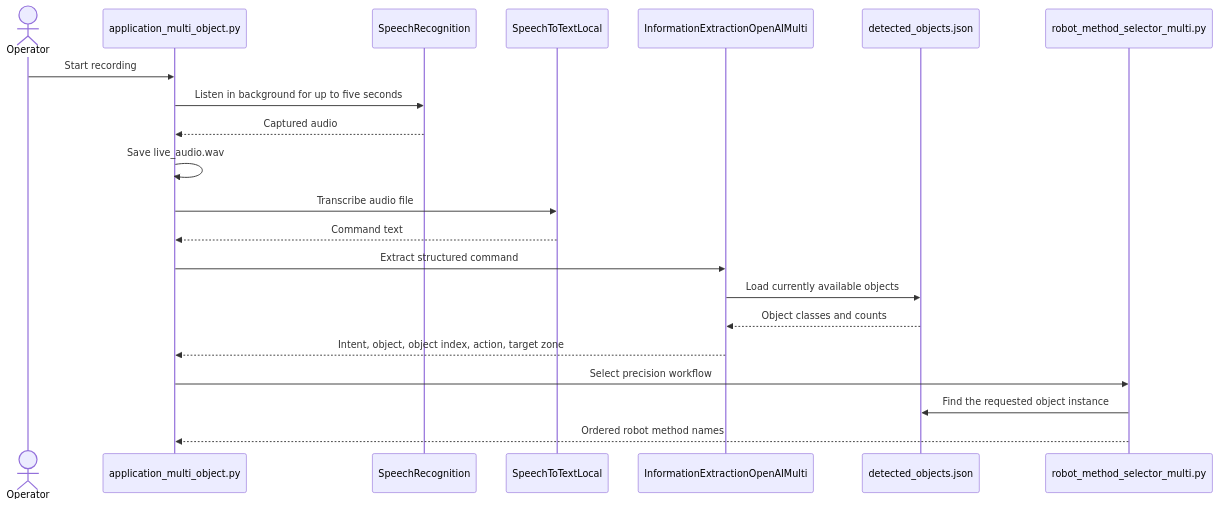
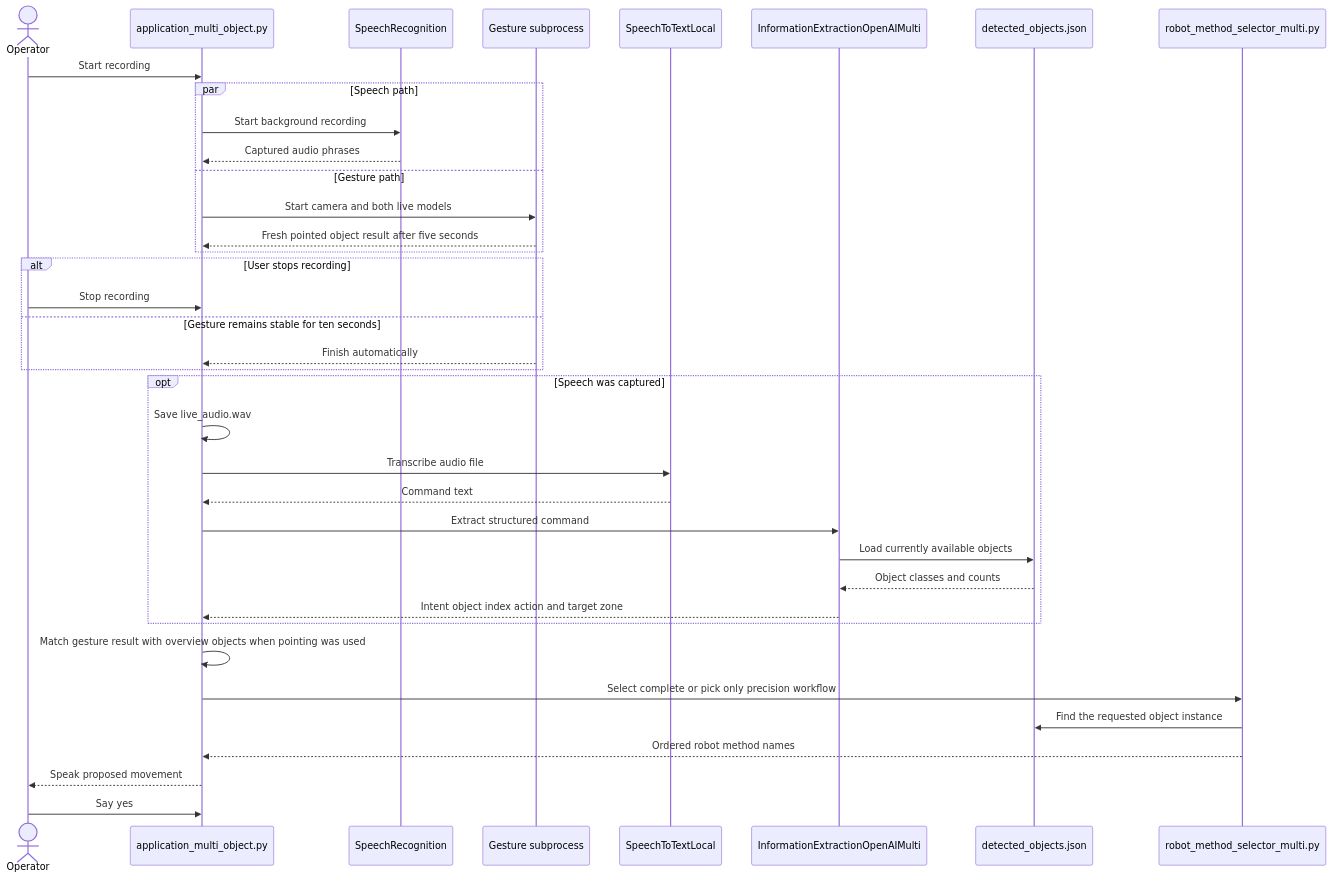
One commit to Gaurang8200/MASTER_THESIS changed the third of 9 diagrams in UR_Audio_Steuerung_Using_LLM/ARCHITECTURE.md. Above: the diagram before and after it, drawn with Mermaid. The commit also changed other lines of this file and 15 other files, not shown here.

````diff
--- a/UR_Audio_Steuerung_Using_LLM/ARCHITECTURE.md
+++ b/UR_Audio_Steuerung_Using_LLM/ARCHITECTURE.md
@@ -80,24 +118,40 @@
 ```mermaid
 sequenceDiagram
     actor User as Operator
     participant GUI as application_multi_object.py
     participant Mic as SpeechRecognition
+    participant Gesture as Gesture subprocess
     participant Whisper as SpeechToTextLocal
     participant LLM as InformationExtractionOpenAIMulti
     participant Files as detected_objects.json
     participant Selector as robot_method_selector_multi.py
 
     User->>GUI: Start recording
-    GUI->>Mic: Listen in background for up to five seconds
-    Mic-->>GUI: Captured audio
-    GUI->>GUI: Save live_audio.wav
-    GUI->>Whisper: Transcribe audio file
-    Whisper-->>GUI: Command text
-    GUI->>LLM: Extract structured command
-    LLM->>Files: Load currently available objects
-    Files-->>LLM: Object classes and counts
-    LLM-->>GUI: Intent, object, object index, action, target zone
-    GUI->>Selector: Select precision workflow
+    par Speech path
+        GUI->>Mic: Start background recording
+        Mic-->>GUI: Captured audio phrases
+    and Gesture path
+        GUI->>Gesture: Start camera and both live models
+        Gesture-->>GUI: Fresh pointed object result after five seconds
+    end
+    alt User stops recording
+        User->>GUI: Stop recording
+    else Gesture remains stable for ten seconds
+        Gesture-->>GUI: Finish automatically
+    end
+    opt Speech was captured
+        GUI->>GUI: Save live_audio.wav
+        GUI->>Whisper: Transcribe audio file
+        Whisper-->>GUI: Command text
+        GUI->>LLM: Extract structured command
+        LLM->>Files: Load currently available objects
+        Files-->>LLM: Object classes and counts
+        LLM-->>GUI: Intent object index action and target zone
+    end
+    GUI->>GUI: Match gesture result with overview objects when pointing was used
+    GUI->>Selector: Select complete or pick only precision workflow
     Selector->>Files: Find the requested object instance
     Selector-->>GUI: Ordered robot method names
+    GUI-->>User: Speak proposed movement
+    User->>GUI: Say yes
 ```
````
